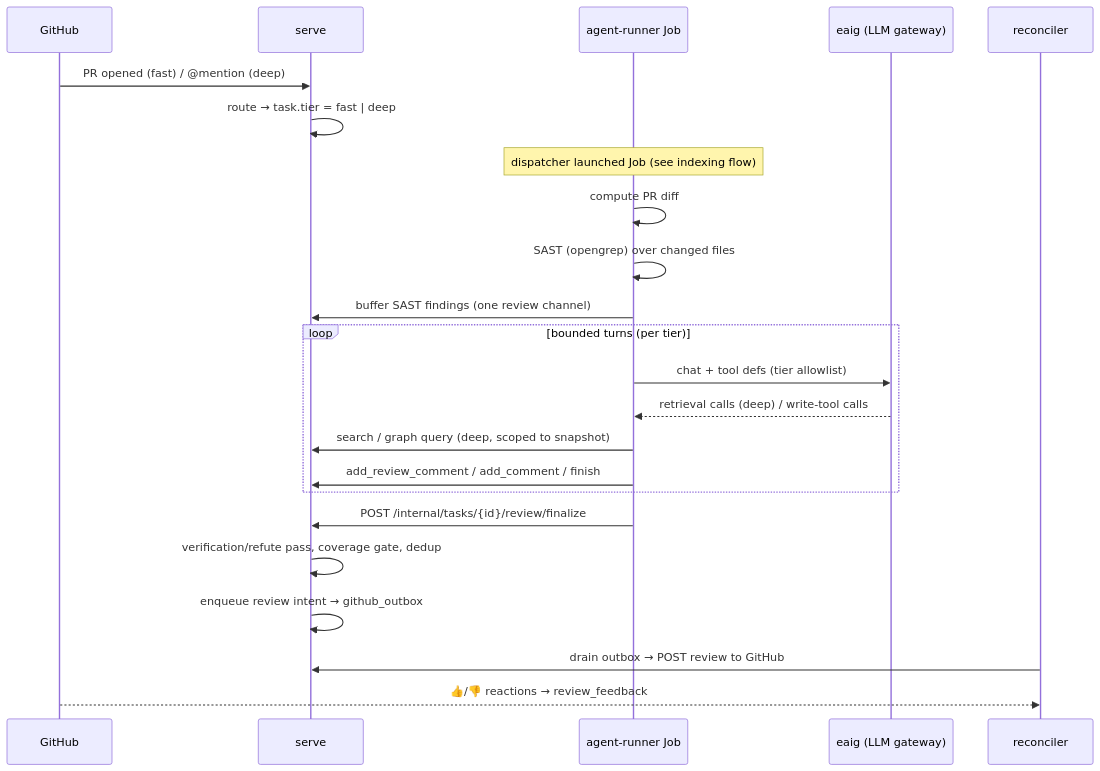
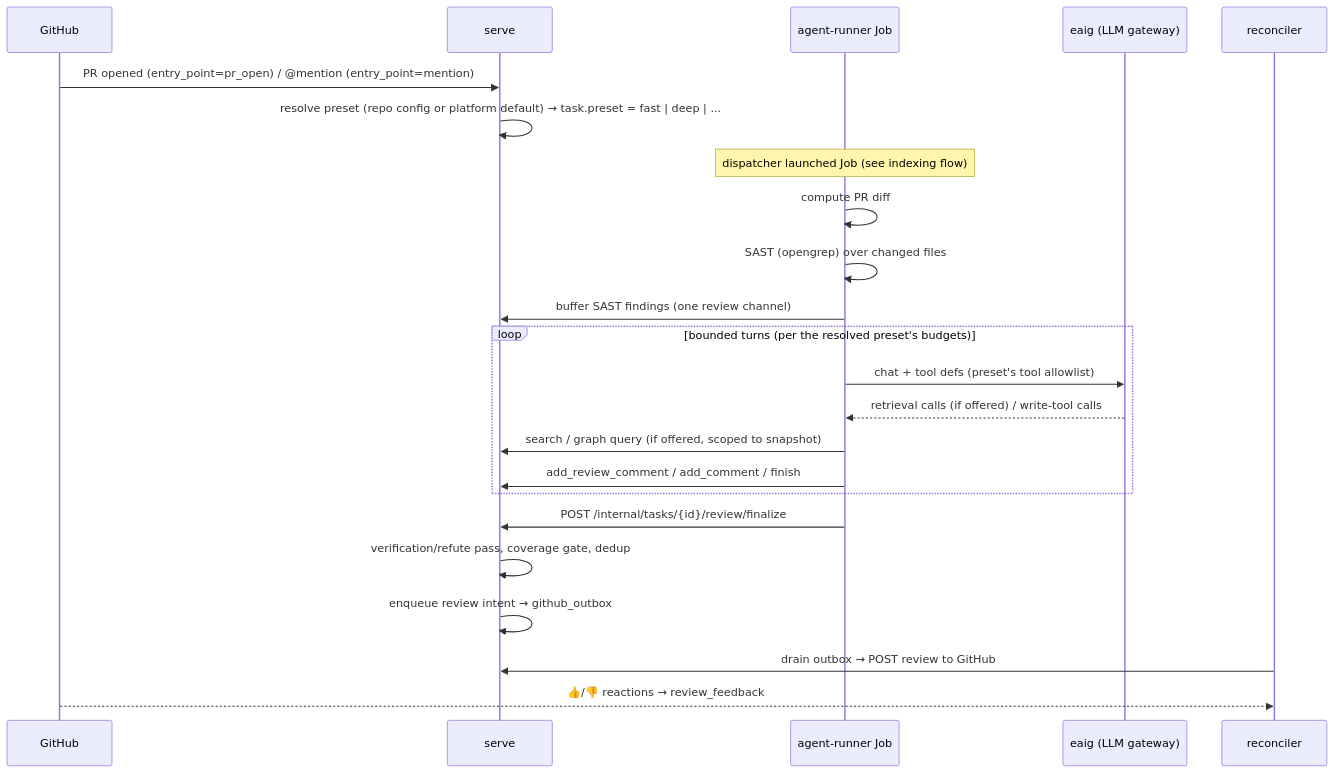
The third of 3 diagrams in docs/architecture.md (ADORSYS-GIS/lightbridge-code-intelligence), drawn with Mermaid before and after one commit. The commit also changed other lines of this file and 5 other files, not shown here.

````diff
--- a/docs/architecture.md
+++ b/docs/architecture.md
@@ -259,26 +270,26 @@
 ```mermaid
 sequenceDiagram
   participant G as GitHub
   participant S as serve
   participant J as agent-runner Job
   participant E as eaig (LLM gateway)
   participant R as reconciler
 
-  G->>S: PR opened (fast)  /  @mention (deep)
-  S->>S: route → task.tier = fast | deep
+  G->>S: PR opened (entry_point=pr_open)  /  @mention (entry_point=mention)
+  S->>S: resolve preset (repo config or platform default) → task.preset = fast | deep | ...
   Note over J: dispatcher launched Job (see indexing flow)
   J->>J: compute PR diff
   J->>J: SAST (opengrep) over changed files
   J->>S: buffer SAST findings (one review channel)
-  loop bounded turns (per tier)
-    J->>E: chat + tool defs (tier allowlist)
-    E-->>J: retrieval calls (deep) / write-tool calls
-    J->>S: search / graph query (deep, scoped to snapshot)
+  loop bounded turns (per the resolved preset's budgets)
+    J->>E: chat + tool defs (preset's tool allowlist)
+    E-->>J: retrieval calls (if offered) / write-tool calls
+    J->>S: search / graph query (if offered, scoped to snapshot)
     J->>S: add_review_comment / add_comment / finish
   end
   J->>S: POST /internal/tasks/{id}/review/finalize
   S->>S: verification/refute pass, coverage gate, dedup
   S->>S: enqueue review intent → github_outbox
   R->>S: drain outbox → POST review to GitHub
   G-->>R: 👍/👎 reactions → review_feedback
 ```
````
